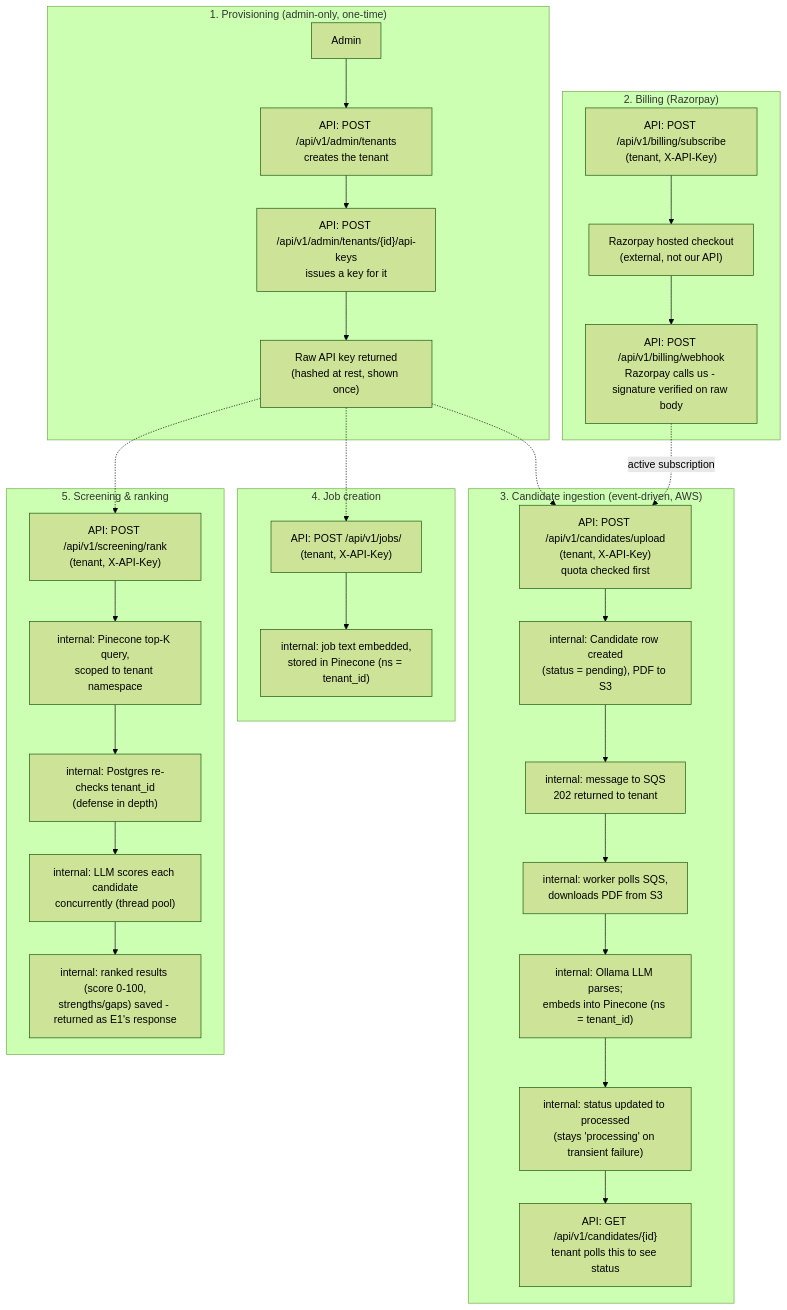
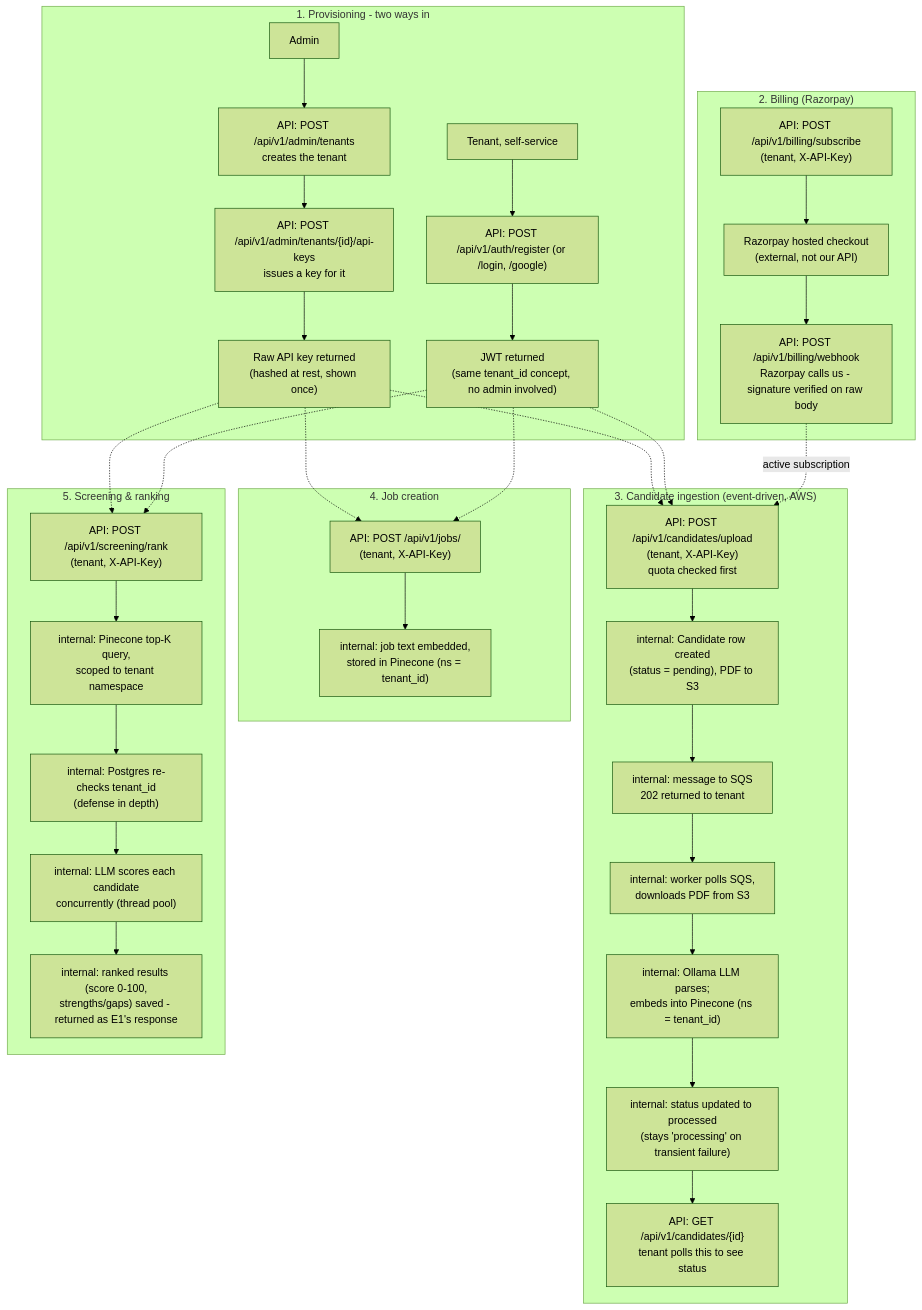
One commit to LakshyaTecno/resume-screening-service changed the first of 3 diagrams in README.md. Above: the diagram before and after it, drawn with Mermaid (forest theme). The commit also changed other lines of this file and 22 other files, not shown here.

````diff
--- a/README.md
+++ b/README.md
@@ -11,38 +11,43 @@
 ```mermaid
 flowchart TD
-    subgraph Provisioning["1. Provisioning (admin-only, one-time)"]
+    subgraph Provisioning["1. Provisioning - two ways in"]
         A1["Admin"] --> A2["API: POST /api/v1/admin/tenants<br/>creates the tenant"]
         A2 --> A3["API: POST /api/v1/admin/tenants/{id}/api-keys<br/>issues a key for it"]
         A3 --> A4["Raw API key returned<br/>(hashed at rest, shown once)"]
+        A5["Tenant, self-service"] --> A6["API: POST /api/v1/auth/register (or /login, /google)"]
+        A6 --> A7["JWT returned<br/>(same tenant_id concept, no admin involved)"]
     end
 
     subgraph Billing["2. Billing (Razorpay)"]
         B1["API: POST /api/v1/billing/subscribe<br/>(tenant, X-API-Key)"] --> B2["Razorpay hosted checkout<br/>(external, not our API)"]
         B2 --> B3["API: POST /api/v1/billing/webhook<br/>Razorpay calls us - signature verified on raw body"]
     end
 
     subgraph Ingestion["3. Candidate ingestion (event-driven, AWS)"]
         C1["API: POST /api/v1/candidates/upload<br/>(tenant, X-API-Key)<br/>quota checked first"] --> C2["internal: Candidate row created<br/>(status = pending), PDF to S3"]
         C2 --> C3["internal: message to SQS<br/>202 returned to tenant"]
         C3 --> C4["internal: worker polls SQS,<br/>downloads PDF from S3"]
         C4 --> C5["internal: Ollama LLM parses;<br/>embeds into Pinecone (ns = tenant_id)"]
         C5 --> C6["internal: status updated to processed<br/>(stays 'processing' on transient failure)"]
         C6 --> C7["API: GET /api/v1/candidates/{id}<br/>tenant polls this to see status"]
     end
 
     subgraph JobCreation["4. Job creation"]
         D1["API: POST /api/v1/jobs/<br/>(tenant, X-API-Key)"] --> D2["internal: job text embedded,<br/>stored in Pinecone (ns = tenant_id)"]
     end
 
     subgraph Ranking["5. Screening & ranking"]
         E1["API: POST /api/v1/screening/rank<br/>(tenant, X-API-Key)"] --> E2["internal: Pinecone top-K query,<br/>scoped to tenant namespace"]
         E2 --> E3["internal: Postgres re-checks tenant_id<br/>(defense in depth)"]
         E3 --> E4["internal: LLM scores each candidate<br/>concurrently (thread pool)"]
         E4 --> E5["internal: ranked results (score 0-100,<br/>strengths/gaps) saved - returned as E1's response"]
     end
 
     A4 -.-> C1
     A4 -.-> D1
     A4 -.-> E1
+    A7 -.-> C1
+    A7 -.-> D1
+    A7 -.-> E1
     B3 -.->|active subscription| C1
 ```
````
